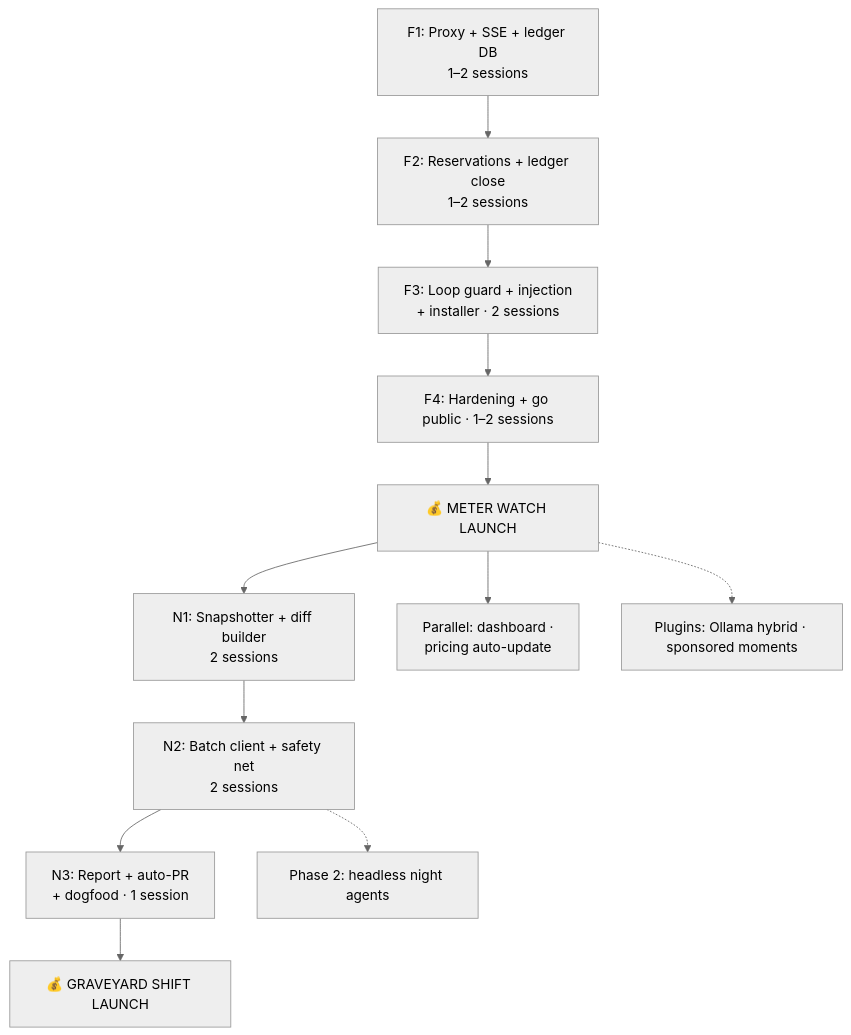
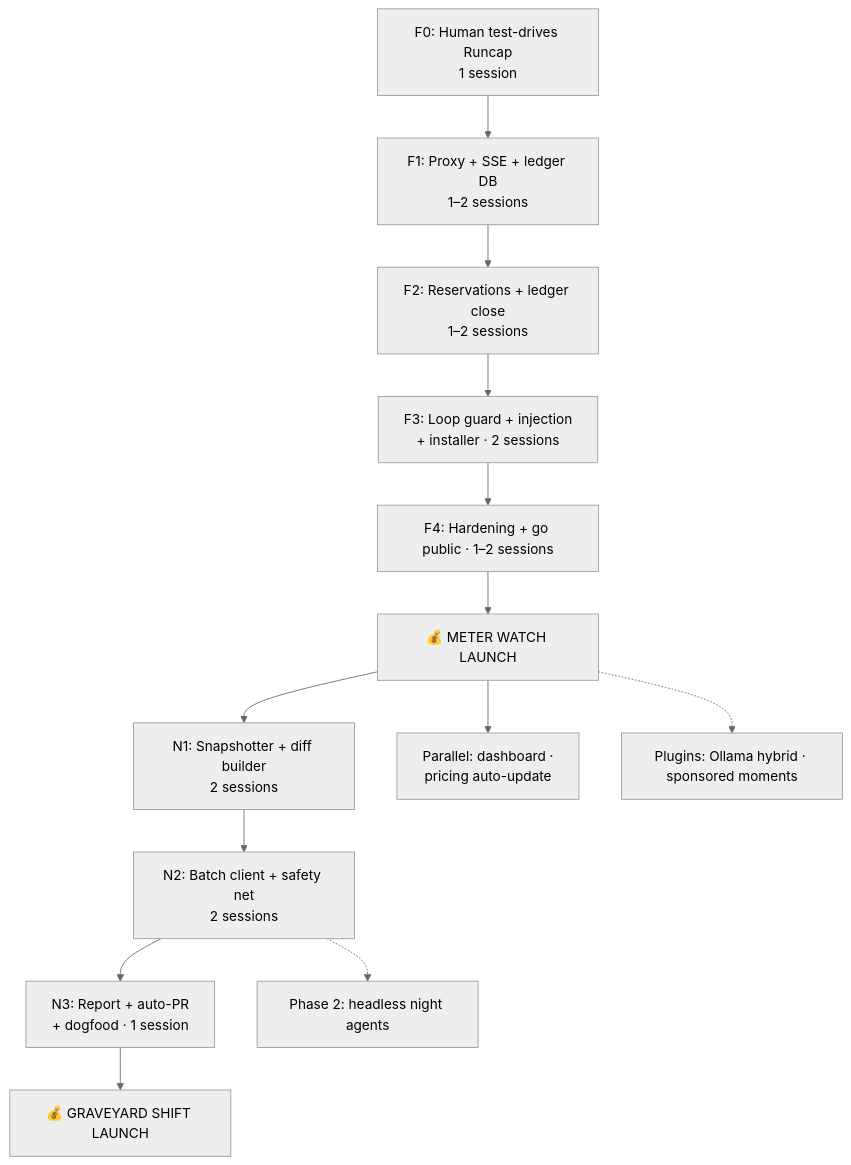
One commit to prudence-cli/prudence changed the fourth of 4 diagrams in implementation-plans-prudence.md. Above: the diagram before and after it, drawn with Mermaid (neutral theme). The commit also changed other lines of this file and 1 other file, not shown here.

Commit message:
docs: AGENTS.md, plan, first ledger entry

````diff
--- a/implementation-plans-prudence.md
+++ b/implementation-plans-prudence.md
@@ -420,14 +477,15 @@
 ```mermaid
 flowchart TB
-    F1[F1: Proxy + SSE + ledger DB<br/>1–2 sessions] --> F2[F2: Reservations + ledger close<br/>1–2 sessions]
+    F0[F0: Human test-drives Runcap<br/>1 session] --> F1[F1: Proxy + SSE + ledger DB<br/>1–2 sessions]
+    F1 --> F2[F2: Reservations + ledger close<br/>1–2 sessions]
     F2 --> F3[F3: Loop guard + injection<br/>+ installer · 2 sessions]
     F3 --> F4[F4: Hardening + go public · 1–2 sessions]
     F4 --> F5[💰 METER WATCH LAUNCH]
     F5 --> N1[N1: Snapshotter + diff builder<br/>2 sessions]
     N1 --> N2[N2: Batch client + safety net<br/>2 sessions]
     N2 --> N3[N3: Report + auto-PR<br/>+ dogfood · 1 session]
     N3 --> N4[💰 GRAVEYARD SHIFT LAUNCH]
     F5 --> OPT[Parallel: dashboard ·<br/>pricing auto-update]
     N2 -.-> P2[Phase 2: headless night agents]
     F5 -.-> P3[Plugins: Ollama hybrid · sponsored moments]
 ```
````
